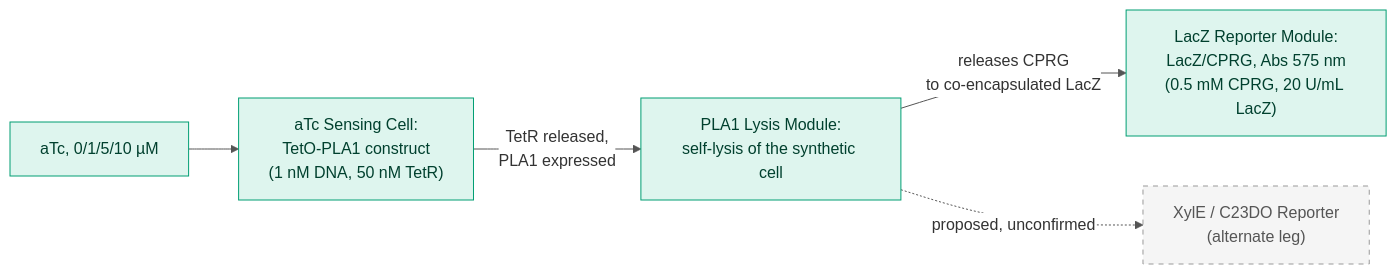
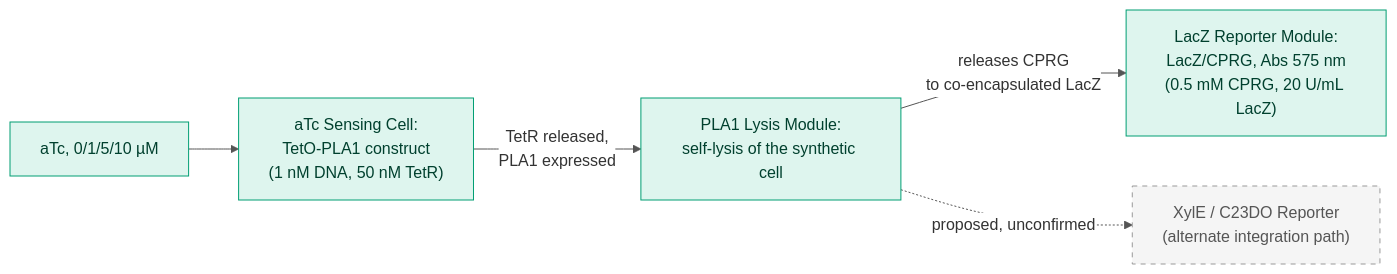
Before and after one commit to nucleus-eng/nucleus-docs: the first of 2 diagrams in docs/modules/atc-cascade/spec.md, drawn with Mermaid. The commit also changed other lines of this file and 18 other files, not shown here.

````diff
--- a/docs/modules/atc-cascade/spec.md
+++ b/docs/modules/atc-cascade/spec.md
@@ -27,14 +31,14 @@
-```{mermaid}
+```mermaid
 %%{init: {'theme': 'base', 'themeVariables': {'lineColor': '#555555', 'edgeLabelBackground': '#ffffff'}}}%%
 flowchart LR
     ATC[aTc, 0/1/5/10 µM] --> SENSE["aTc Sensing Cell:\nTetO-PLA1 construct\n(1 nM DNA, 50 nM TetR)"]
     SENSE -->|"TetR released,\nPLA1 expressed"| LYSIS["PLA1 Lysis Module:\nself-lysis of the synthetic cell"]
     LYSIS -->|"releases CPRG\nto co-encapsulated LacZ"| READOUT["LacZ Reporter Module:\nLacZ/CPRG, Abs 575 nm\n(0.5 mM CPRG, 20 U/mL LacZ)"]
-    LYSIS -.->|proposed, unconfirmed| XYLE["XylE / C23DO Reporter\n(alternate leg)"]
+    LYSIS -.->|proposed, unconfirmed| XYLE["XylE / C23DO Reporter\n(alternate integration path)"]
 
     classDef confirmed fill:#def5ee,stroke:#009E73,color:#00402e;
     classDef proposed fill:#f5f5f5,stroke:#999999,color:#555555,stroke-dasharray: 5 5;
 
     class ATC,SENSE,LYSIS,READOUT confirmed;
     class XYLE proposed;
 ```
````
